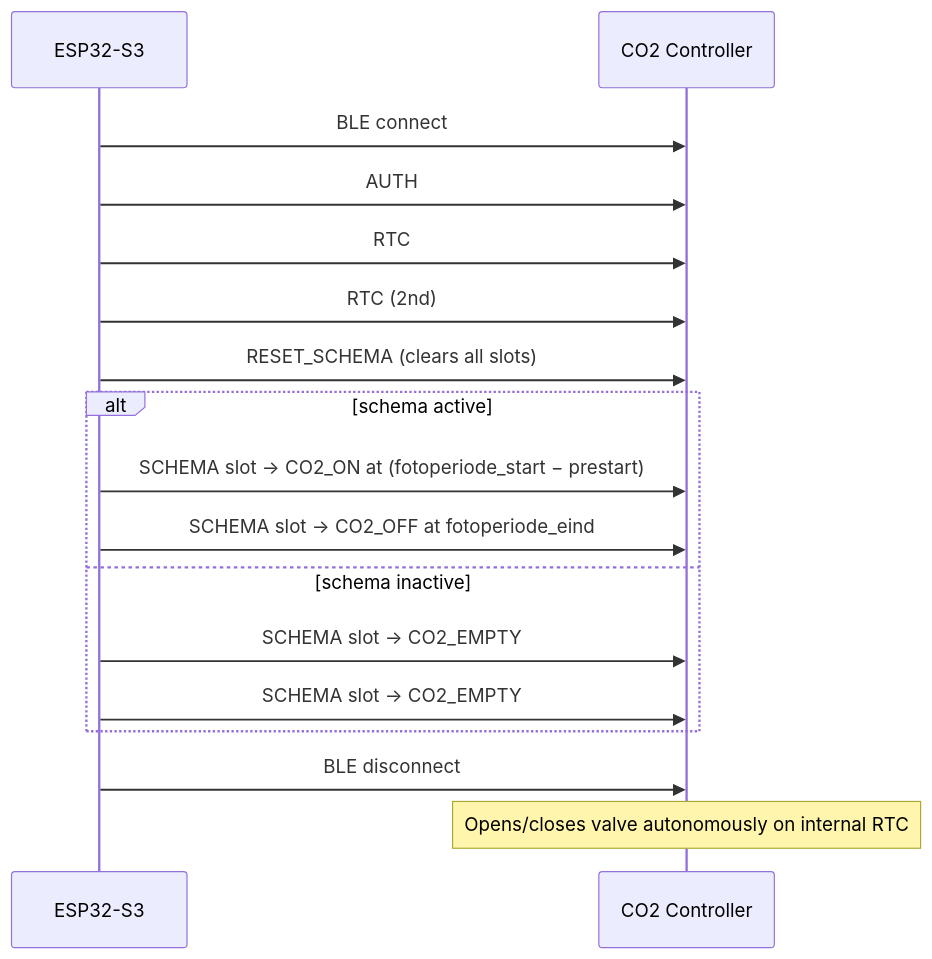
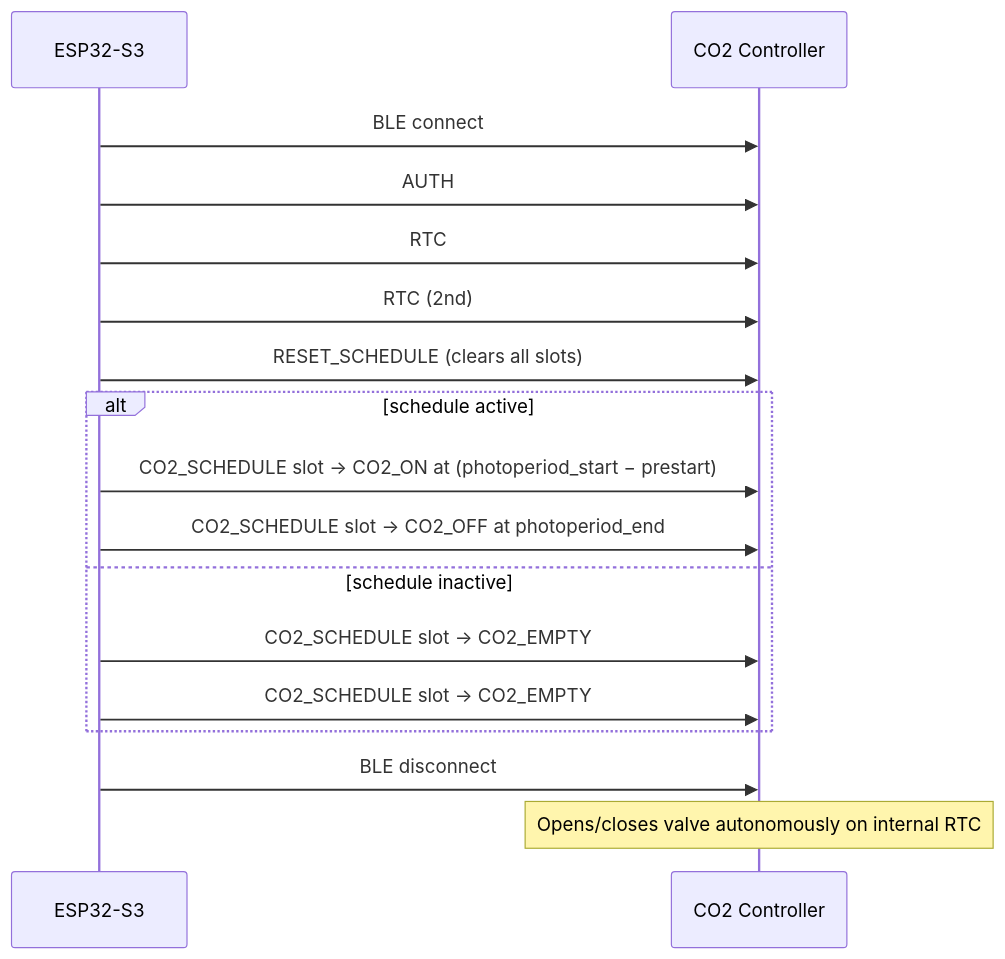
One commit to JoshuaSeidel/chihiros-esphome changed the third of 9 diagrams in README.md. Above: the diagram before and after it, drawn with Mermaid. The commit also changed other lines of this file and 12 other files, not shown here.

````diff
--- a/README.md
+++ b/README.md
@@ -310,20 +310,20 @@
 ```mermaid
 sequenceDiagram
     participant ESP as ESP32-S3
     participant CO2 as CO2 Controller
 
     ESP->>CO2: BLE connect
     ESP->>CO2: AUTH
     ESP->>CO2: RTC
     ESP->>CO2: RTC (2nd)
-    ESP->>CO2: RESET_SCHEMA (clears all slots)
-    alt schema active
-        ESP->>CO2: SCHEMA slot → CO2_ON  at (fotoperiode_start − prestart)
-        ESP->>CO2: SCHEMA slot → CO2_OFF at fotoperiode_eind
-    else schema inactive
-        ESP->>CO2: SCHEMA slot → CO2_EMPTY
-        ESP->>CO2: SCHEMA slot → CO2_EMPTY
+    ESP->>CO2: RESET_SCHEDULE (clears all slots)
+    alt schedule active
+        ESP->>CO2: CO2_SCHEDULE slot → CO2_ON  at (photoperiod_start − prestart)
+        ESP->>CO2: CO2_SCHEDULE slot → CO2_OFF at photoperiod_end
+    else schedule inactive
+        ESP->>CO2: CO2_SCHEDULE slot → CO2_EMPTY
+        ESP->>CO2: CO2_SCHEDULE slot → CO2_EMPTY
     end
     ESP->>CO2: BLE disconnect
     Note over CO2: Opens/closes valve autonomously on internal RTC
 ```
````
